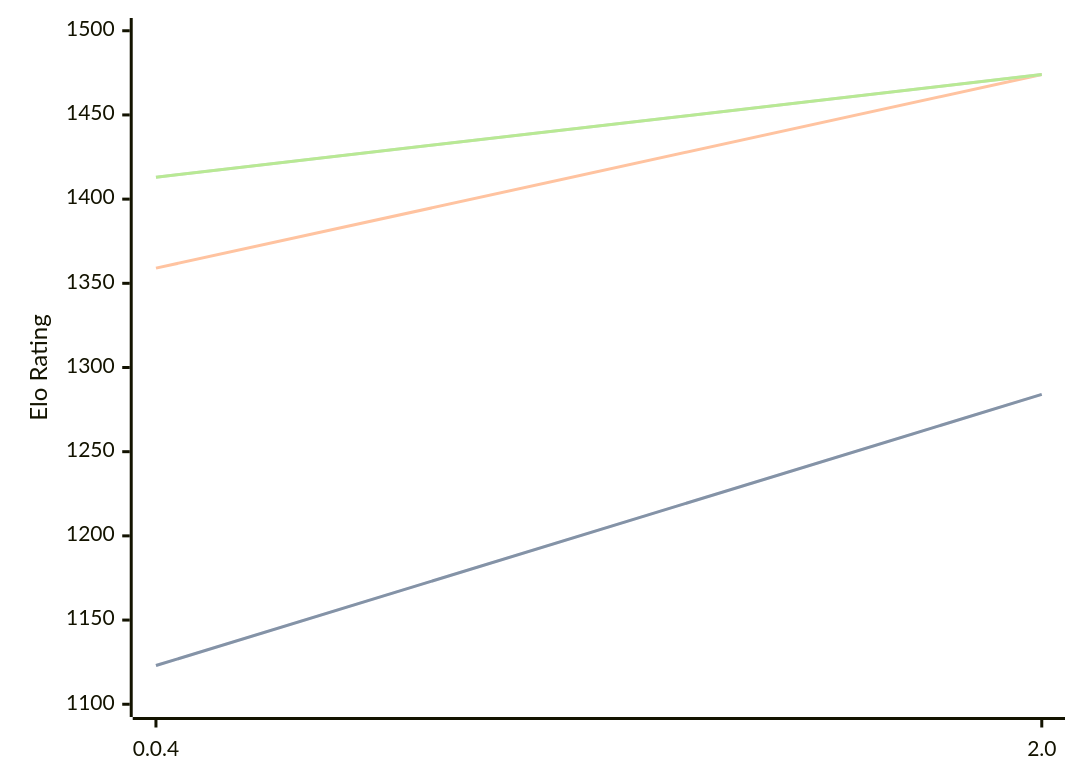
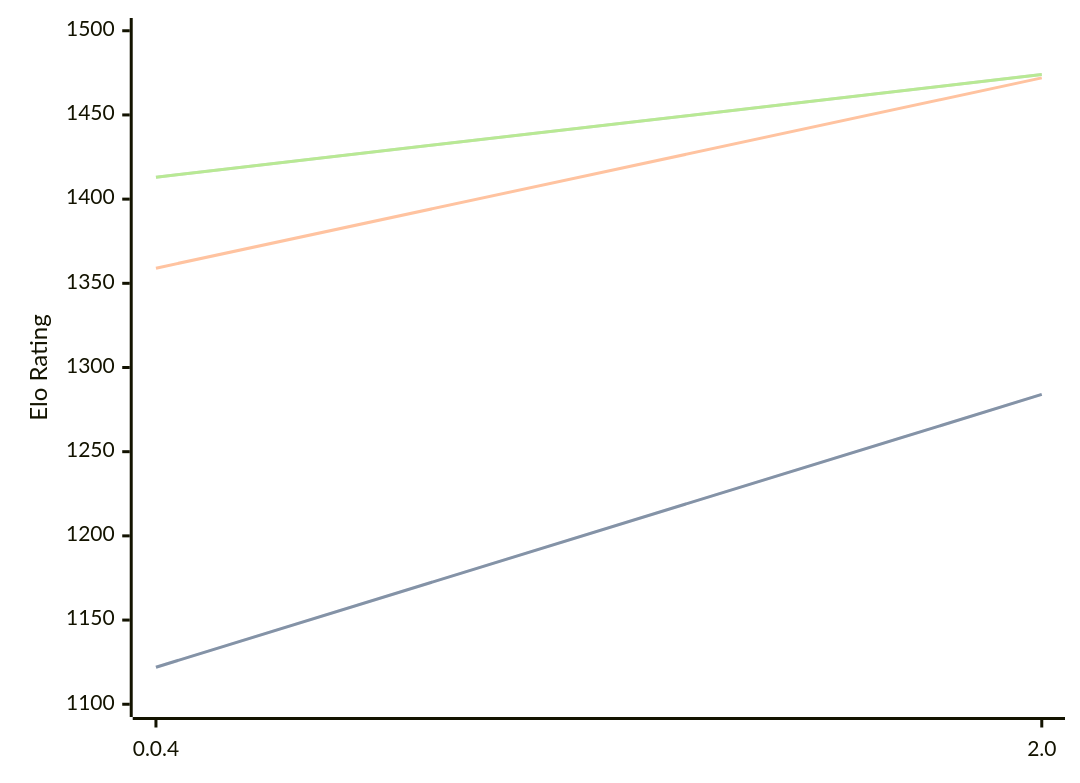
Before and after one commit to computer-chess-index/cci: the diagram in engines/Oops!Mate.md, drawn with Mermaid. The commit also changed other lines of this file, not shown here.

Commit message:
Update CCI Ratings (ELO VLTC) - 2026-04-16

````diff
--- a/engines/Oops!Mate.md
+++ b/engines/Oops!Mate.md
@@ -51,11 +51,11 @@
 ```mermaid
 %%{init: {"theme":"base","themeVariables":{"seriesColors:['#a3a3a3','#222221','#faa371']}}}%%
 xychart-beta
   x-axis ["0.0.4", "2.0"]
   y-axis "Elo Rating" 1100 --> 1500
-  line "STC (8.0+0.08s)" [1123, 1284]
-  line "STC (8.0+0.08s)" [1123, 1284]
-  line "LTC (60.0+0.60s)" [1359, 1474]
+  line "STC (8.0+0.08s)" [1122, 1284]
+  line "STC (8.0+0.08s)" [1122, 1284]
+  line "LTC (60.0+0.60s)" [1359, 1472]
   line "VLTC (2m24s+1.12s)" [1413, 1474]
   line "VLTC (2m24s+1.12s)" [1413, 1474]
 ```
````
